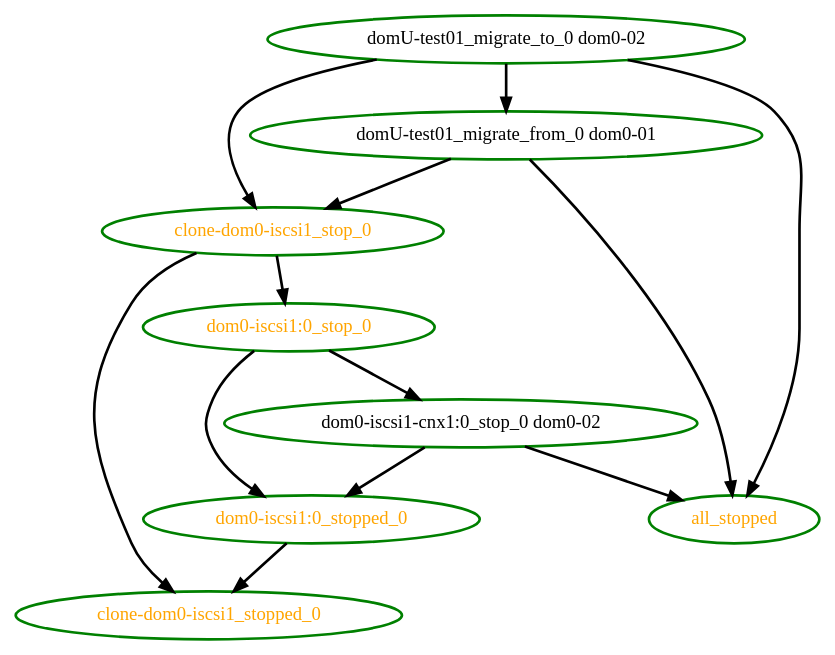
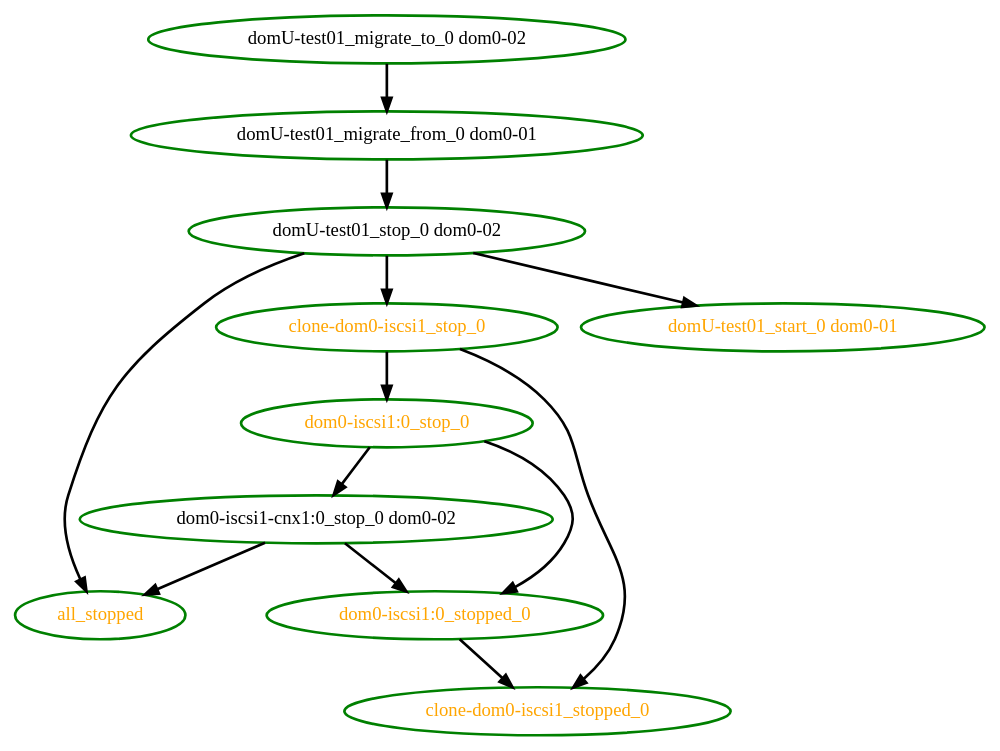
The diagram in pengine/test10/migrate-stop.dot (ClusterLabs/pacemaker), drawn with Graphviz before and after one commit. The commit also changed 353 other files, not shown here.

```diff
--- a/pengine/test10/migrate-stop.dot
+++ b/pengine/test10/migrate-stop.dot
@@ -1,22 +1,24 @@
  digraph "g" {
 "all_stopped" [ style=bold color="green" fontcolor="orange"  ]
 "clone-dom0-iscsi1_stop_0" -> "clone-dom0-iscsi1_stopped_0" [ style = bold]
 "clone-dom0-iscsi1_stop_0" -> "dom0-iscsi1:0_stop_0" [ style = bold]
 "clone-dom0-iscsi1_stop_0" [ style=bold color="green" fontcolor="orange"  ]
 "clone-dom0-iscsi1_stopped_0" [ style=bold color="green" fontcolor="orange"  ]
 "dom0-iscsi1-cnx1:0_stop_0 dom0-02" -> "all_stopped" [ style = bold]
 "dom0-iscsi1-cnx1:0_stop_0 dom0-02" -> "dom0-iscsi1:0_stopped_0" [ style = bold]
 "dom0-iscsi1-cnx1:0_stop_0 dom0-02" [ style=bold color="green" fontcolor="black"  ]
 "dom0-iscsi1:0_stop_0" -> "dom0-iscsi1-cnx1:0_stop_0 dom0-02" [ style = bold]
 "dom0-iscsi1:0_stop_0" -> "dom0-iscsi1:0_stopped_0" [ style = bold]
 "dom0-iscsi1:0_stop_0" [ style=bold color="green" fontcolor="orange"  ]
 "dom0-iscsi1:0_stopped_0" -> "clone-dom0-iscsi1_stopped_0" [ style = bold]
 "dom0-iscsi1:0_stopped_0" [ style=bold color="green" fontcolor="orange"  ]
-"domU-test01_migrate_from_0 dom0-01" -> "all_stopped" [ style = bold]
-"domU-test01_migrate_from_0 dom0-01" -> "clone-dom0-iscsi1_stop_0" [ style = bold]
+"domU-test01_migrate_from_0 dom0-01" -> "domU-test01_stop_0 dom0-02" [ style = bold]
 "domU-test01_migrate_from_0 dom0-01" [ style=bold color="green" fontcolor="black"  ]
-"domU-test01_migrate_to_0 dom0-02" -> "all_stopped" [ style = bold]
-"domU-test01_migrate_to_0 dom0-02" -> "clone-dom0-iscsi1_stop_0" [ style = bold]
 "domU-test01_migrate_to_0 dom0-02" -> "domU-test01_migrate_from_0 dom0-01" [ style = bold]
 "domU-test01_migrate_to_0 dom0-02" [ style=bold color="green" fontcolor="black"  ]
+"domU-test01_start_0 dom0-01" [ style=bold color="green" fontcolor="orange"  ]
+"domU-test01_stop_0 dom0-02" -> "all_stopped" [ style = bold]
+"domU-test01_stop_0 dom0-02" -> "clone-dom0-iscsi1_stop_0" [ style = bold]
+"domU-test01_stop_0 dom0-02" -> "domU-test01_start_0 dom0-01" [ style = bold]
+"domU-test01_stop_0 dom0-02" [ style=bold color="green" fontcolor="black"  ]
 }
```
